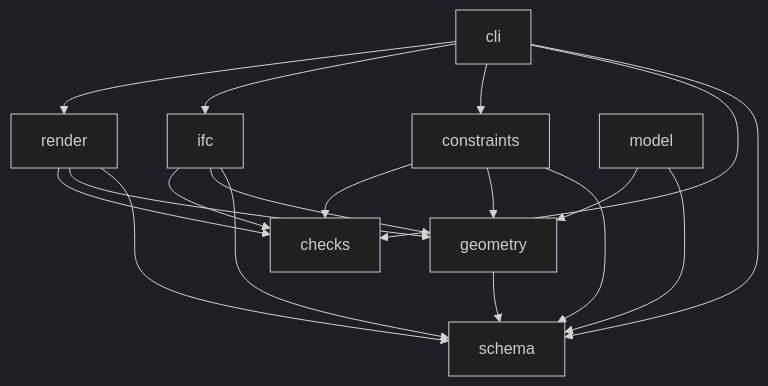
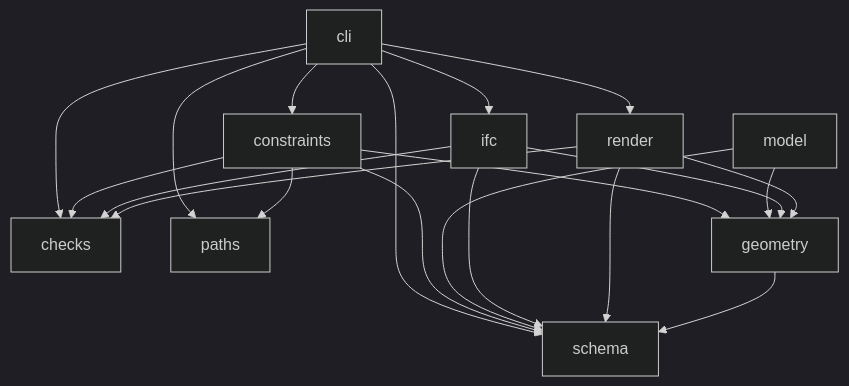
One commit to joshuabalfe/elmstead changed the second of 2 diagrams in docs/architecture.md. Above: the diagram before and after it, drawn with Mermaid (dark theme). The commit also changed other lines of this file and 23 other files, not shown here.

````diff
--- a/docs/architecture.md
+++ b/docs/architecture.md
@@ -82,9 +83,9 @@
 ```mermaid
 flowchart TD
-  cli --> schema & checks & constraints & ifc & render
-  constraints --> schema & geometry & checks
+  cli --> schema & checks & constraints & ifc & render & paths
+  constraints --> schema & geometry & checks & paths
   model --> schema & geometry
   ifc --> schema & geometry & checks
   render --> schema & geometry & checks
   geometry --> schema
 ```
````
